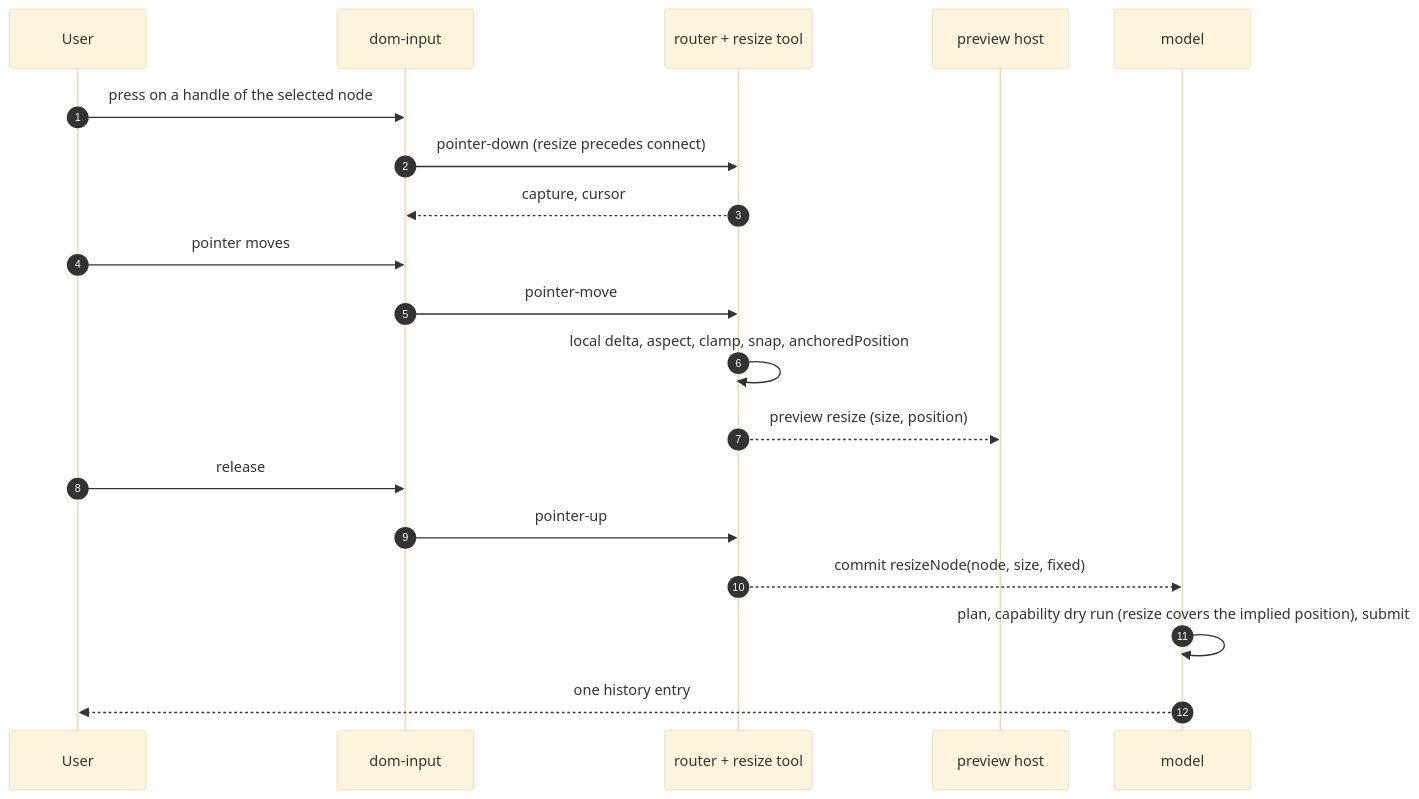
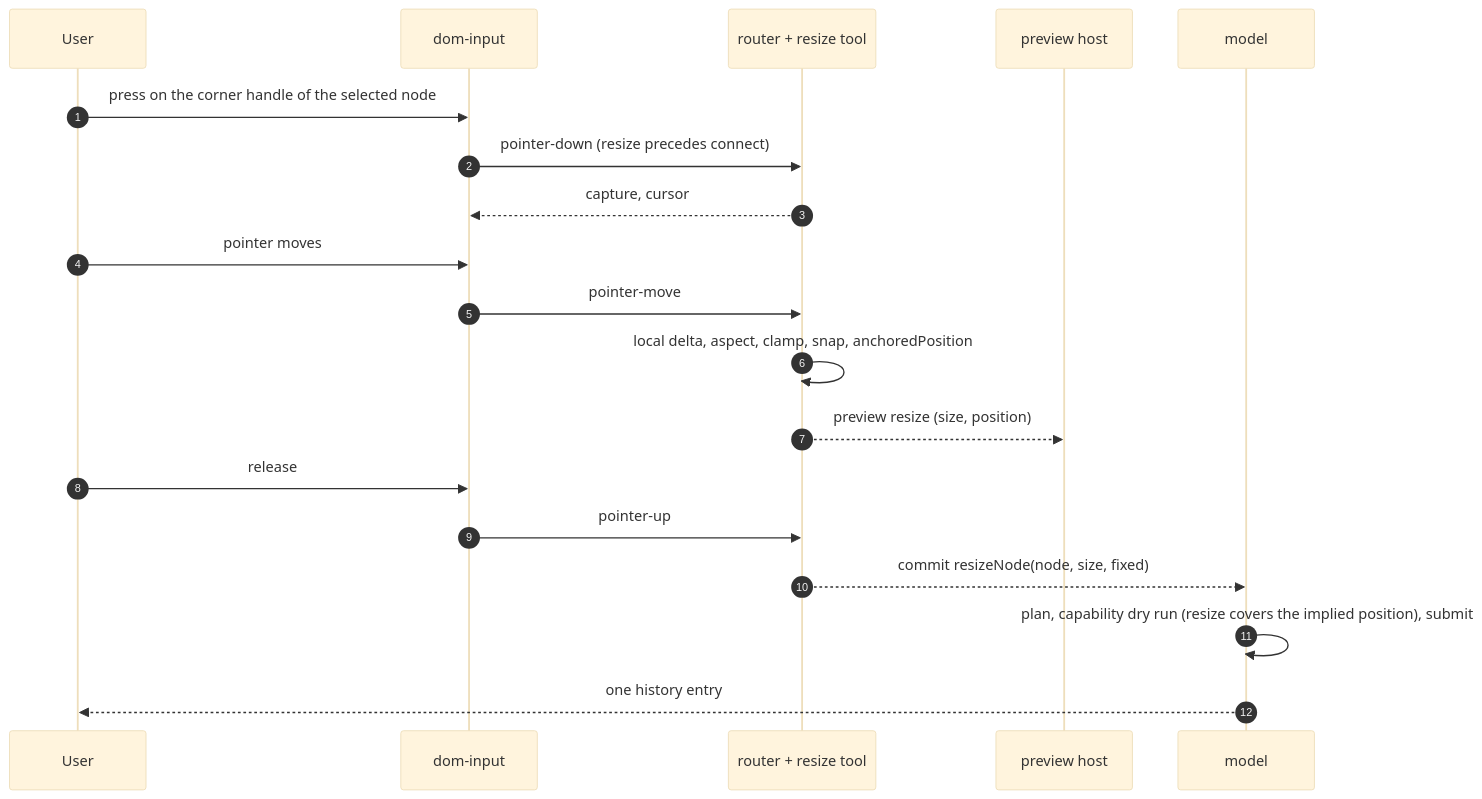
The first of 2 diagrams in openspec/changes/add-resize-rotate-and-autopan/design.md (paceholder/nodeeditor-js), drawn with Mermaid (base theme) before and after one commit. The commit also changed other lines of this file and 4 other files, not shown here.

````diff
--- a/openspec/changes/add-resize-rotate-and-autopan/design.md
+++ b/openspec/changes/add-resize-rotate-and-autopan/design.md
@@ -343,21 +394,21 @@
 ```mermaid
 sequenceDiagram
   autonumber
   participant U as User
   participant D as dom-input
   participant R as router + resize tool
   participant P as preview host
   participant M as model
-  U->>D: press on a handle of the selected node
+  U->>D: press on the corner handle of the selected node
   D->>R: pointer-down (resize precedes connect)
   R-->>D: capture, cursor
   U->>D: pointer moves
   D->>R: pointer-move
   R->>R: local delta, aspect, clamp, snap, anchoredPosition
   R-->>P: preview resize (size, position)
   U->>D: release
   D->>R: pointer-up
   R-->>M: commit resizeNode(node, size, fixed)
   M->>M: plan, capability dry run (resize covers the implied position), submit
   M-->>U: one history entry
 ```
````
